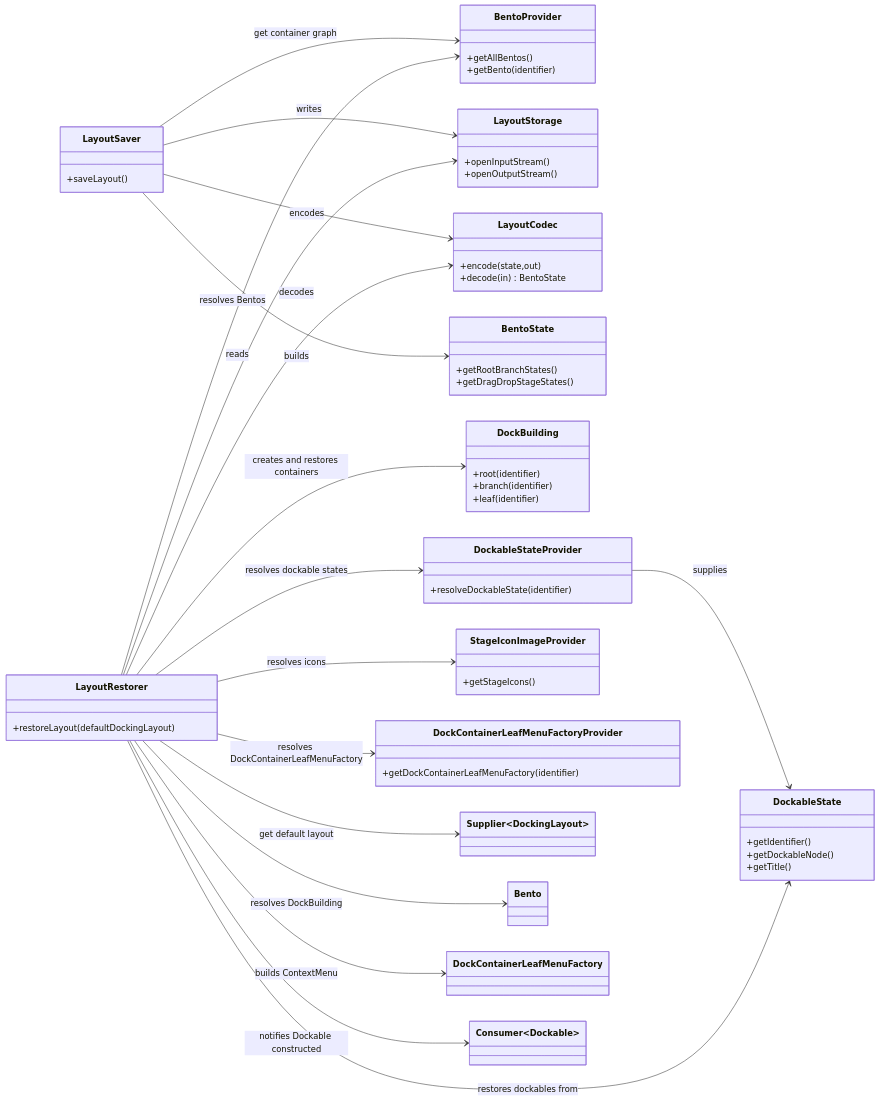
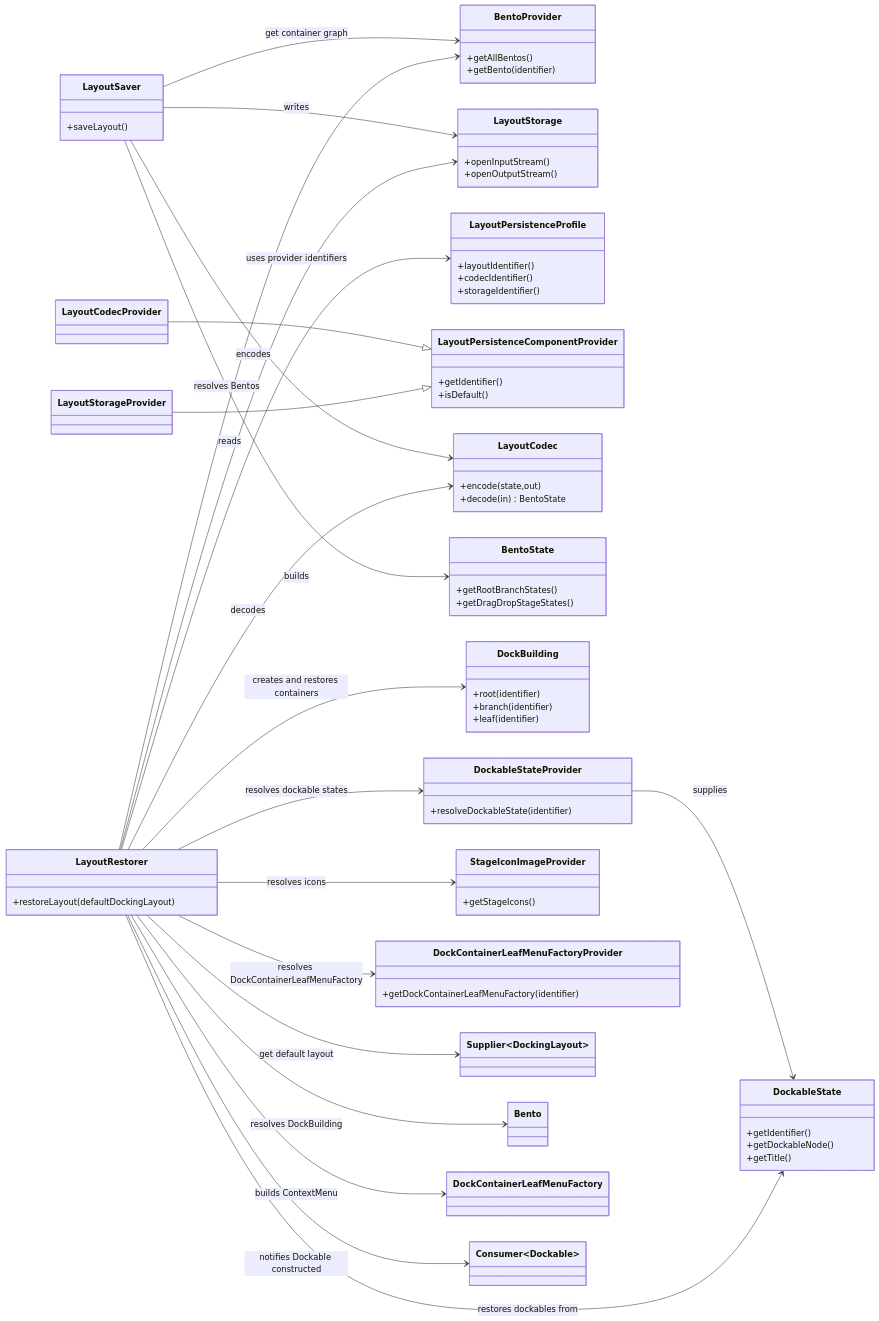
The first of 3 diagrams in docs/persistence/docking-layout-persistence-diagrams.md (philliplbryant/BentoFX), drawn with Mermaid before and after one commit. The commit also changed other lines of this file and 15 other files, not shown here.

Commit message:
BENTO-13: * Make codec/storage provider selection explicit and deterministic.

```diff
--- a/docs/persistence/docking-layout-persistence-diagrams.md
+++ b/docs/persistence/docking-layout-persistence-diagrams.md
@@ -25,6 +25,17 @@
   class LayoutStorage {
     +openInputStream()
     +openOutputStream()
+  }
+
+  class LayoutPersistenceProfile {
+    +layoutIdentifier()
+    +codecIdentifier()
+    +storageIdentifier()
+  }
+
+  class LayoutPersistenceComponentProvider {
+    +getIdentifier()
+    +isDefault()
   }
 
   class LayoutCodec {
@@ -61,11 +72,15 @@
       +getDockContainerLeafMenuFactory(identifier)
   }
   
+  LayoutCodecProvider --|> LayoutPersistenceComponentProvider
+  LayoutStorageProvider --|> LayoutPersistenceComponentProvider
+
   LayoutSaver --> BentoProvider : get container graph
   LayoutSaver --> BentoState : builds
   LayoutSaver --> LayoutCodec : encodes
   LayoutSaver --> LayoutStorage : writes
 
+  LayoutRestorer --> LayoutPersistenceProfile : uses provider identifiers
   LayoutRestorer --> Supplier~DockingLayout~ : get default layout
   LayoutRestorer --> LayoutStorage : reads
   LayoutRestorer --> LayoutCodec : decodes
```
